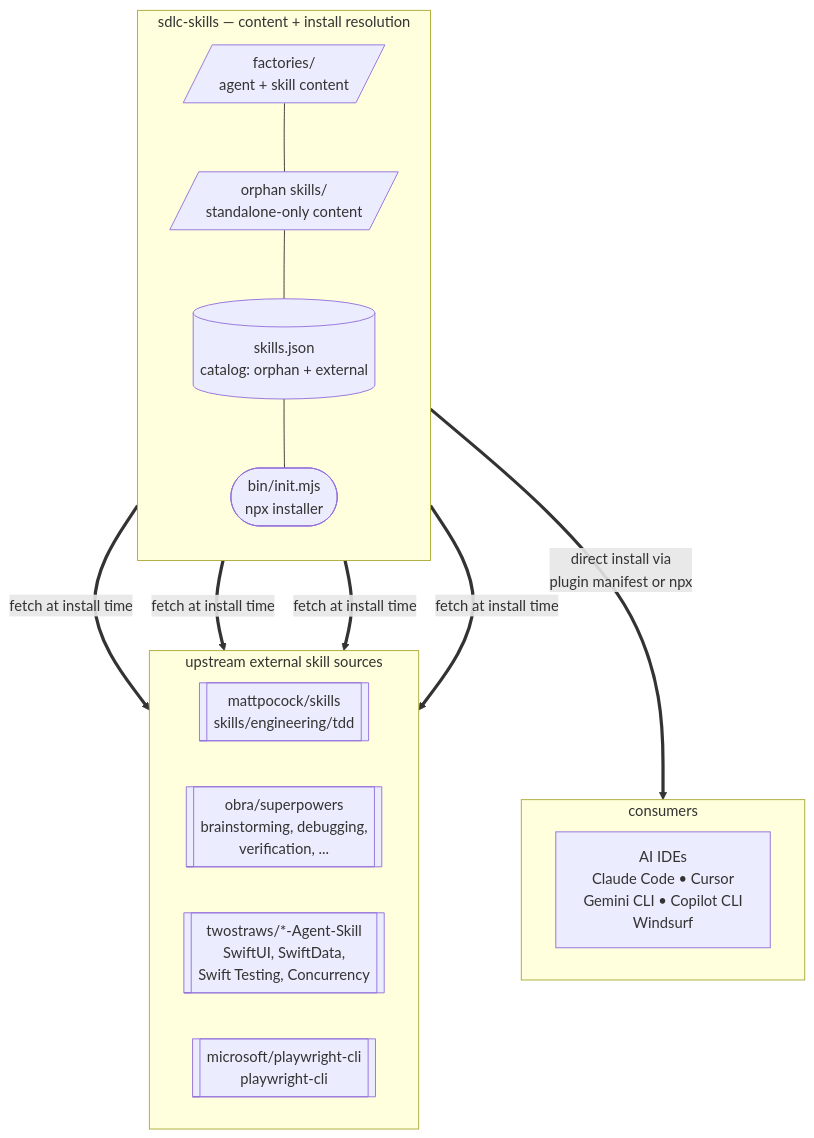
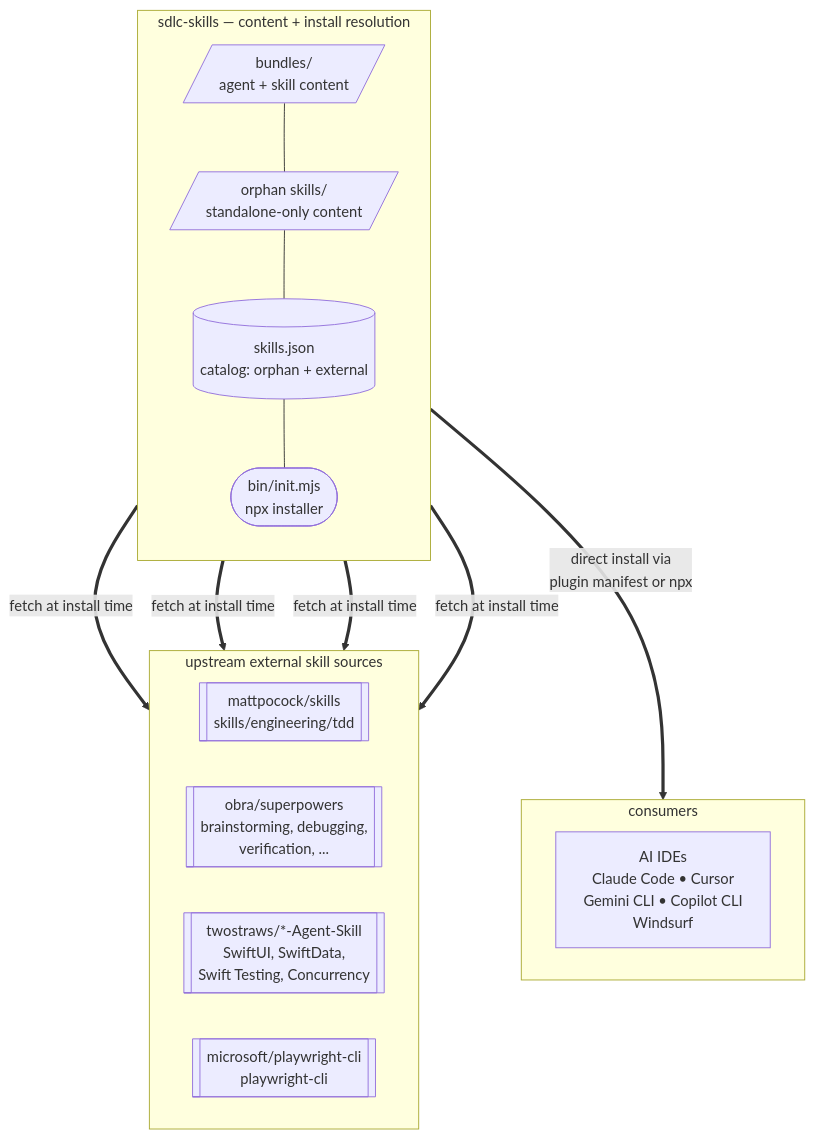
One commit to arozumenko/sdlc-skills changed the diagram in README.md. Above: the diagram before and after it, drawn with Mermaid. The commit also changed other lines of this file and 5 other files, not shown here.

````diff
--- a/README.md
+++ b/README.md
@@ -15,33 +15,33 @@
 ```mermaid
 flowchart TB
     subgraph sdlc["sdlc-skills — content + install resolution"]
         direction TB
-        agents[/"factories/<br/>agent + skill content"/]
+        agents[/"bundles/<br/>agent + skill content"/]
         skills[/"orphan skills/<br/>standalone-only content"/]
         registry[("skills.json<br/>catalog: orphan + external")]
         installer(["bin/init.mjs<br/>npx installer"])
         agents --- skills
         skills --- registry
         registry --- installer
     end
 
     subgraph consumers["consumers"]
         direction LR
         ides["AI IDEs<br/>Claude Code • Cursor<br/>Gemini CLI • Copilot CLI<br/>Windsurf"]
     end
 
     subgraph externals["upstream external skill sources"]
         direction LR
         ext_matt[["mattpocock/skills<br/>skills/engineering/tdd"]]
         ext_obra[["obra/superpowers<br/>brainstorming, debugging,<br/>verification, ..."]]
         ext_tws[["twostraws/*-Agent-Skill<br/>SwiftUI, SwiftData,<br/>Swift Testing, Concurrency"]]
         ext_msft[["microsoft/playwright-cli<br/>playwright-cli"]]
     end
 
     installer ==>|fetch at install time| ext_matt
     installer ==>|fetch at install time| ext_obra
     installer ==>|fetch at install time| ext_tws
     installer ==>|fetch at install time| ext_msft
 
     sdlc ==>|direct install via<br/>plugin manifest or npx| ides
 ```
````
